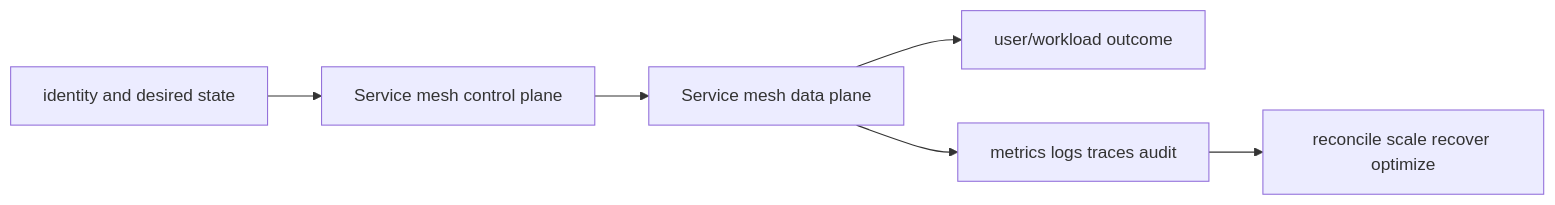
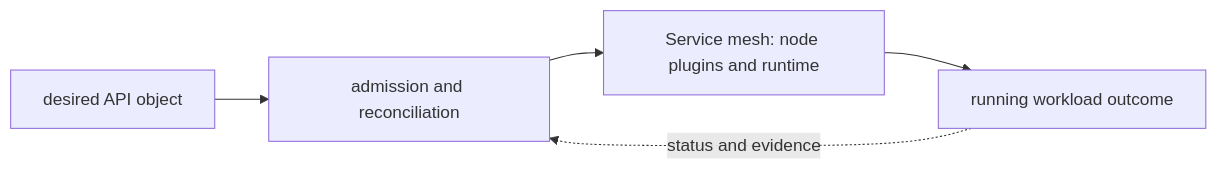
Before and after one commit to tomkidumbuyo/DevOps-interview-preparation: the diagram in 06-kubernetes/03-networking/05-service-mesh/README.md, drawn with Mermaid. The commit also changed other lines of this file and 753 other files, not shown here.

````diff
--- a/06-kubernetes/03-networking/05-service-mesh/README.md
+++ b/06-kubernetes/03-networking/05-service-mesh/README.md
@@ -19,8 +31,7 @@
 ```mermaid
 flowchart LR
-  I[identity and desired state] --> C[Service mesh control plane]
-  C --> D[Service mesh data plane]
-  D --> U[user/workload outcome]
-  D --> O[metrics logs traces audit]
-  O --> R[reconcile scale recover optimize]
+  A["desired API object"] --> B["admission and reconciliation"]
+  B --> C["Service mesh: node plugins and runtime"]
+  C --> D["running workload outcome"]
+  D -. "status and evidence" .-> B
 ```
````
